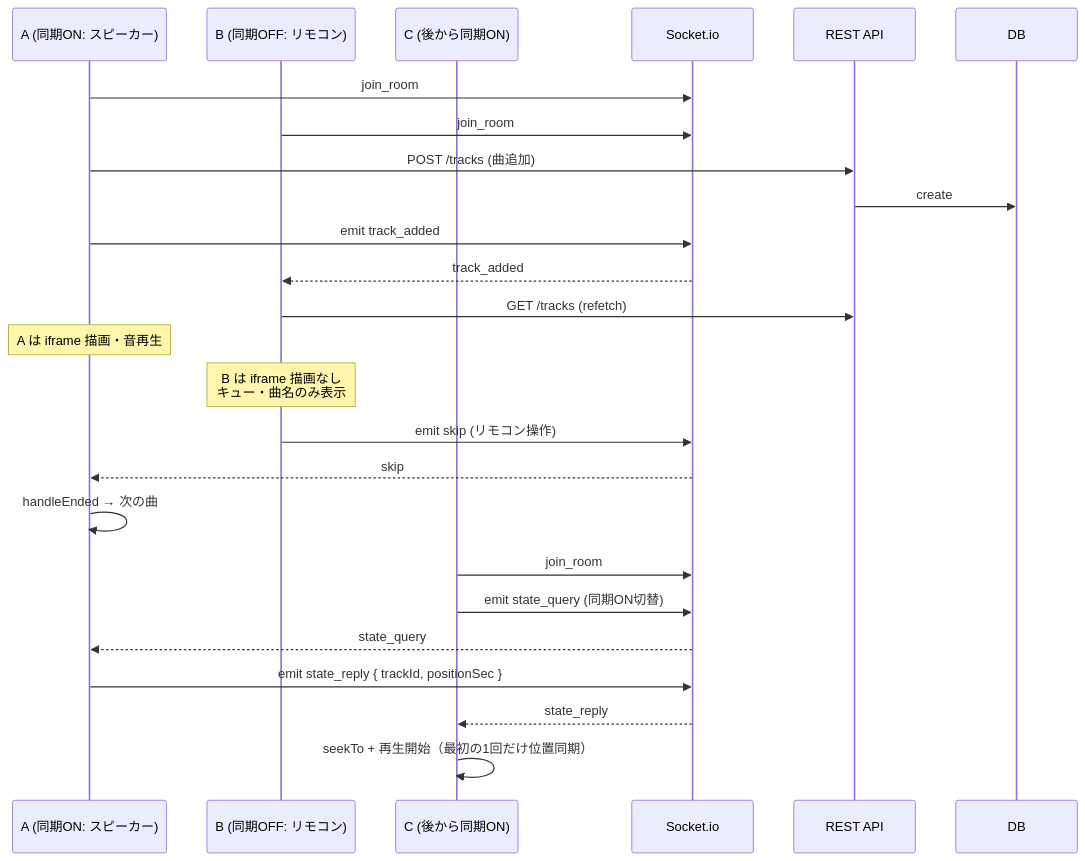
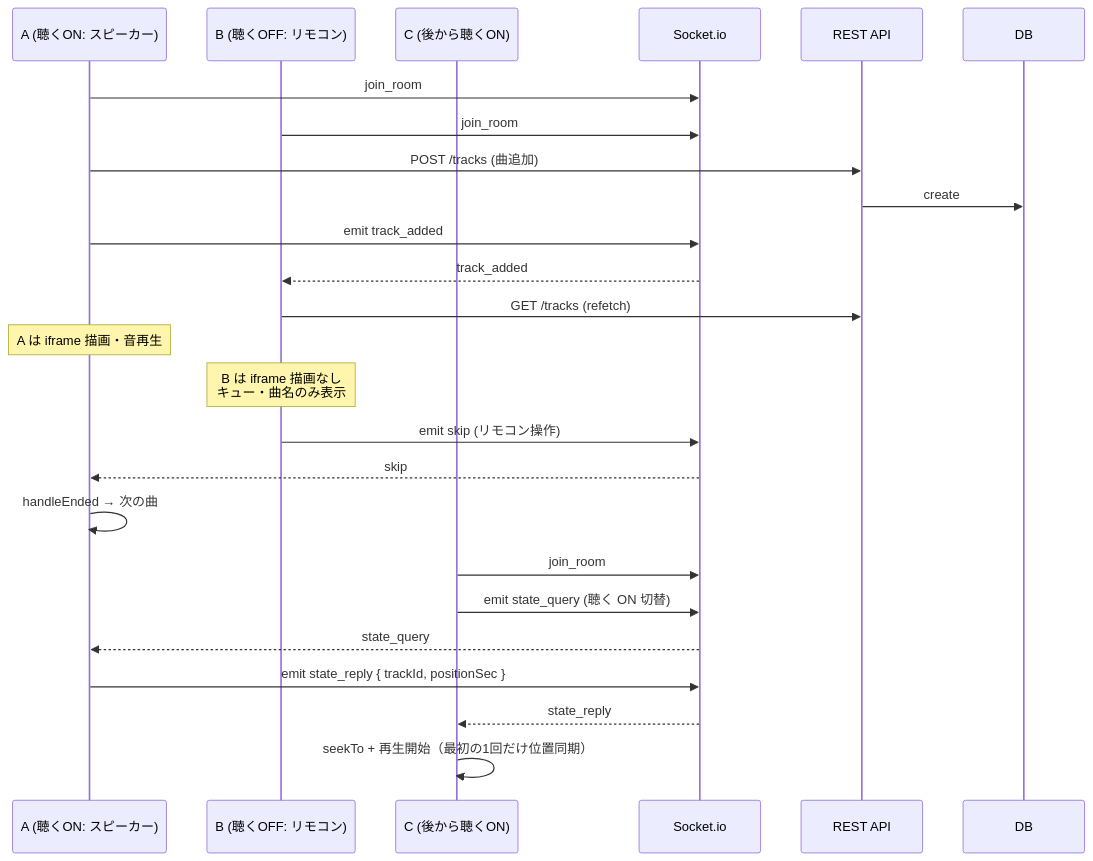
One commit to zagan-the-gun/XW-1 changed the fifth of 7 diagrams in docs/architecture.md. Above: the diagram before and after it, drawn with Mermaid. The commit also changed other lines of this file and 4 other files, not shown here.

````diff
--- a/docs/architecture.md
+++ b/docs/architecture.md
@@ -121,31 +121,31 @@
 ```mermaid
 sequenceDiagram
-    participant A as A (同期ON: スピーカー)
-    participant B as B (同期OFF: リモコン)
-    participant C as C (後から同期ON)
+    participant A as A (聴くON: スピーカー)
+    participant B as B (聴くOFF: リモコン)
+    participant C as C (後から聴くON)
     participant S as Socket.io
     participant API as REST API
     participant D as DB
 
     A->>S: join_room
     B->>S: join_room
     A->>API: POST /tracks (曲追加)
     API->>D: create
     A->>S: emit track_added
     S-->>B: track_added
     B->>API: GET /tracks (refetch)
 
     Note over A: A は iframe 描画・音再生
     Note over B: B は iframe 描画なし<br/>キュー・曲名のみ表示
 
     B->>S: emit skip (リモコン操作)
     S-->>A: skip
     A->>A: handleEnded → 次の曲
 
     C->>S: join_room
-    C->>S: emit state_query (同期ON切替)
+    C->>S: emit state_query (聴く ON 切替)
     S-->>A: state_query
     A->>S: emit state_reply { trackId, positionSec }
     S-->>C: state_reply
     C->>C: seekTo + 再生開始（最初の1回だけ位置同期）
 ```
````
